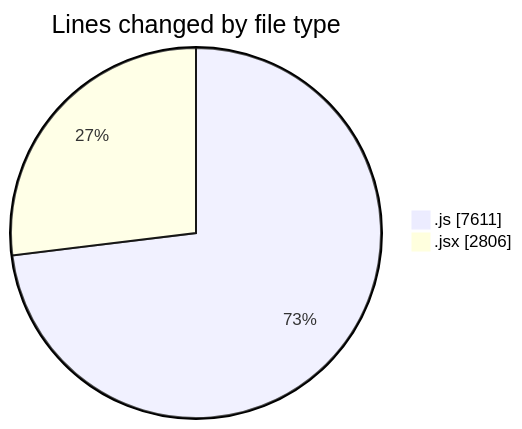
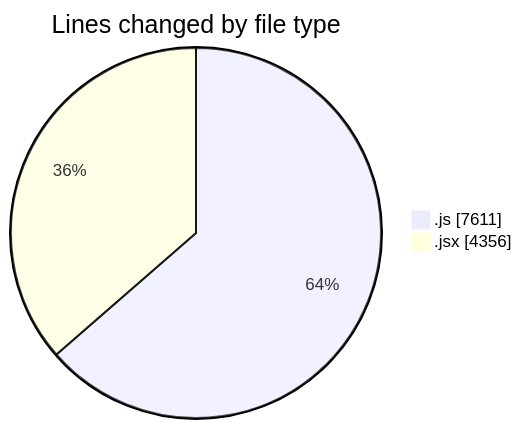
Before and after one commit to nxtqubesakshisongat/code-tracking: the first of 2 diagrams in 2025-12-10/nxtqube_webapp/README.md, drawn with Mermaid. The commit also changed other lines of this file and 1 other file, not shown here.

````diff
--- a/2025-12-10/nxtqube_webapp/README.md
+++ b/2025-12-10/nxtqube_webapp/README.md
@@ -22,6 +23,6 @@
 ```mermaid
 pie showData
 title Lines changed by file type
 ".js" : 7611
-".jsx" : 2806
+".jsx" : 4356
 ```
````
